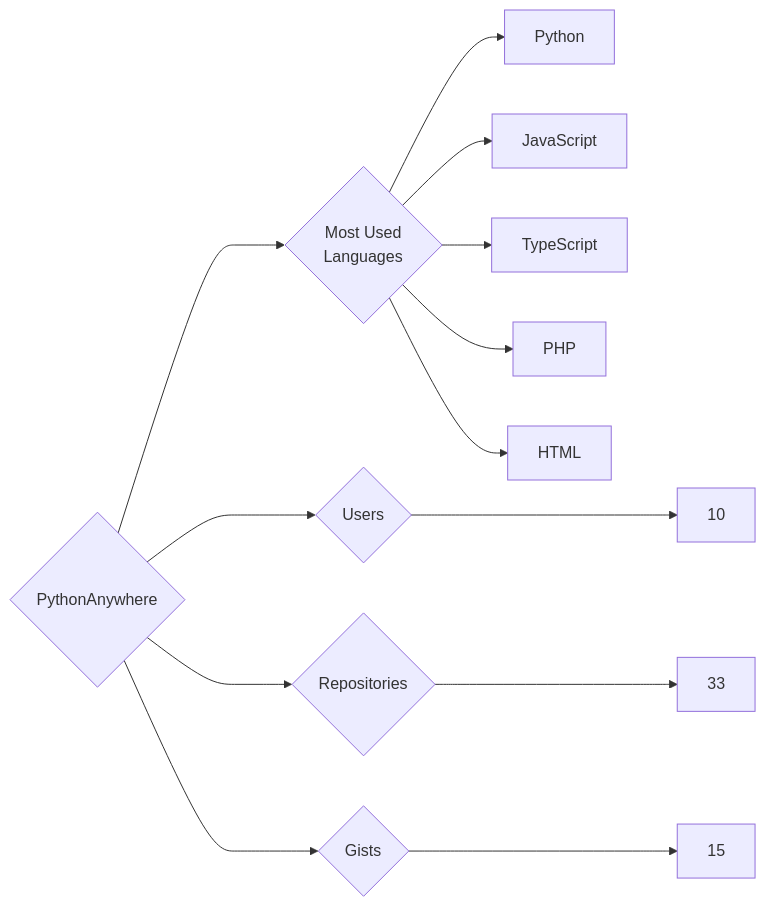
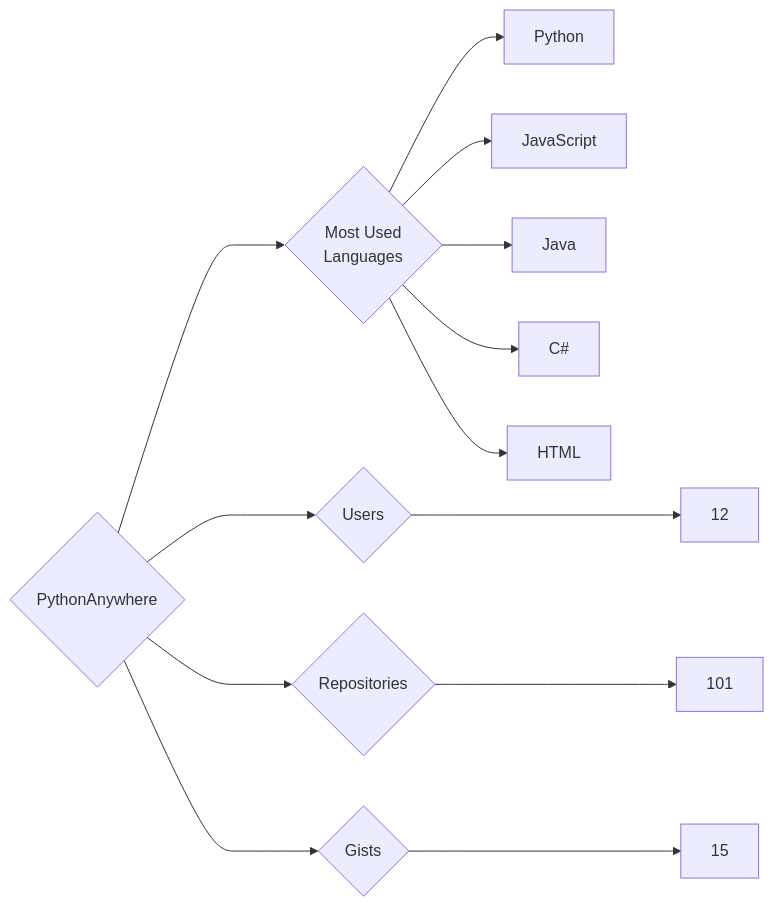
One commit to trickest/insiders changed the diagram in targets/PythonAnywhere/README.md. Above: the diagram before and after it, drawn with Mermaid. The commit also changed 1248 other files, not shown here.

````diff
--- a/targets/PythonAnywhere/README.md
+++ b/targets/PythonAnywhere/README.md
@@ -3,13 +3,13 @@
 ```mermaid
 graph LR
 COMPANY_NAME{PythonAnywhere}
-COMPANY_NAME ---> U{Users} ---> UN[10]
-COMPANY_NAME ---> R{Repositories} ---> RN[33]
+COMPANY_NAME ---> U{Users} ---> UN[12]
+COMPANY_NAME ---> R{Repositories} ---> RN[101]
 COMPANY_NAME ---> G{Gists} ---> GN[15]
 COMPANY_NAME ---> ML{Most Used<br>Languages}
 ML --> Python[Python]
 ML --> JavaScript[JavaScript]
-ML --> TypeScript[TypeScript]
-ML --> PHP[PHP]
+ML --> Java[Java]
+ML --> C#[C#]
 ML --> HTML[HTML]
 ```
````
